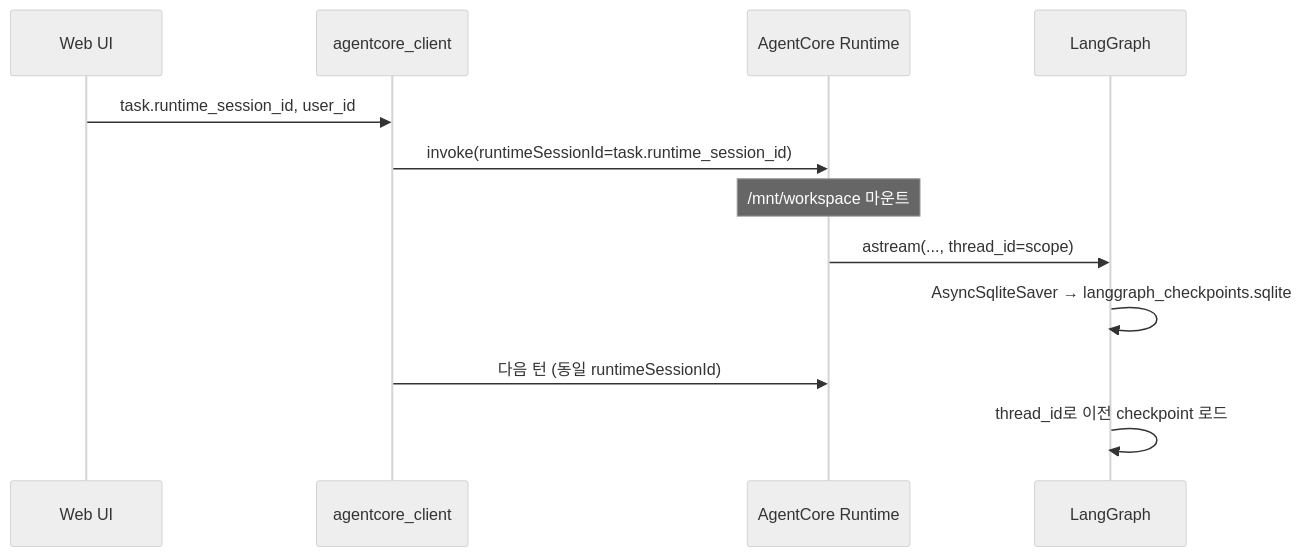
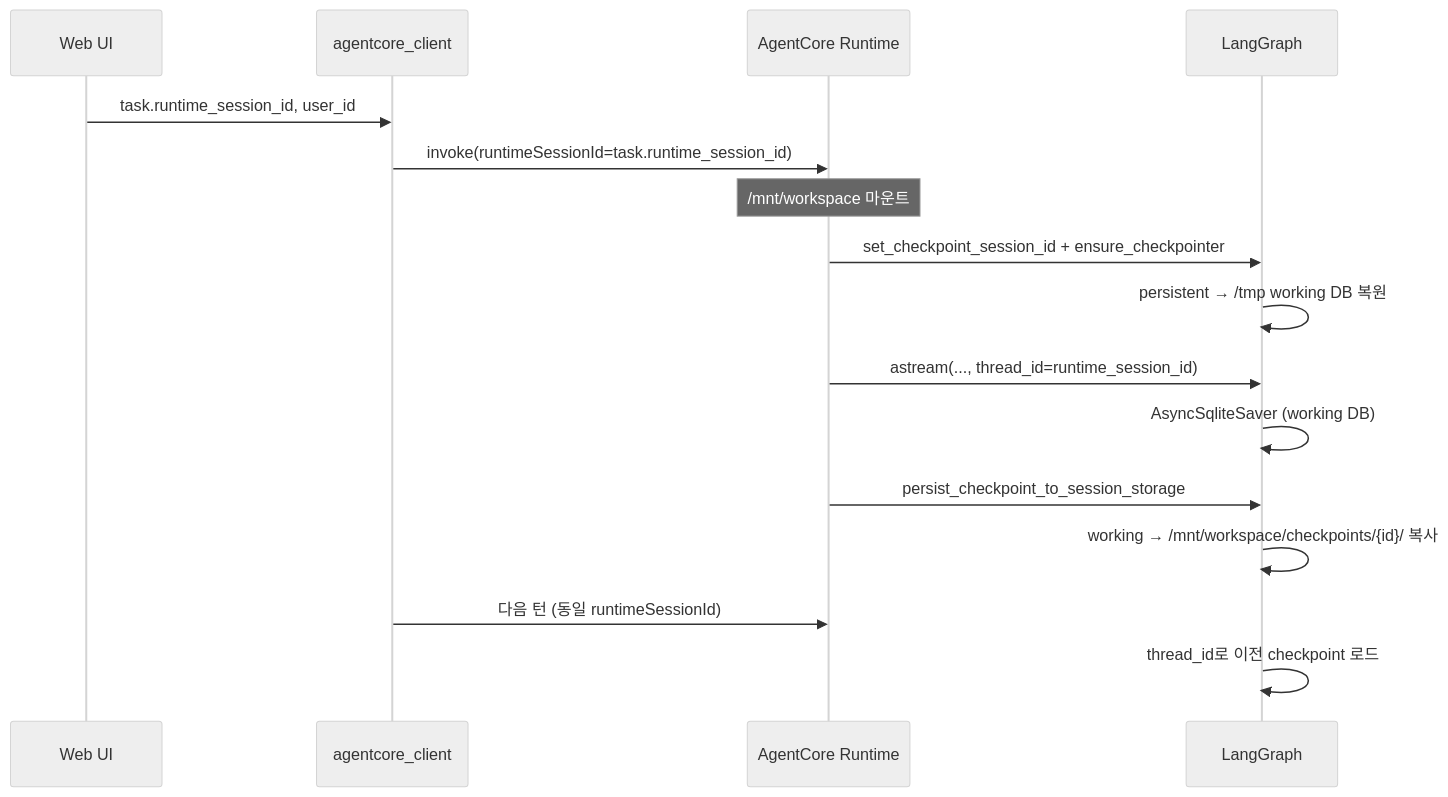
One commit to kyopark2014/agentic-work changed the second of 3 diagrams in README.md. Above: the diagram before and after it, drawn with Mermaid (neutral theme). The commit also changed other lines of this file and 13 other files, not shown here.

````diff
--- a/README.md
+++ b/README.md
@@ -847,15 +938,19 @@
 ```mermaid
 sequenceDiagram
     participant UI as Web UI
     participant Client as agentcore_client
     participant AC as AgentCore Runtime
     participant LG as LangGraph
 
     UI->>Client: task.runtime_session_id, user_id
     Client->>AC: invoke(runtimeSessionId=task.runtime_session_id)
     Note over AC: /mnt/workspace 마운트
-    AC->>LG: astream(..., thread_id=scope)
-    LG->>LG: AsyncSqliteSaver → langgraph_checkpoints.sqlite
+    AC->>LG: set_checkpoint_session_id + ensure_checkpointer
+    LG->>LG: persistent → /tmp working DB 복원
+    AC->>LG: astream(..., thread_id=runtime_session_id)
+    LG->>LG: AsyncSqliteSaver (working DB)
+    AC->>LG: persist_checkpoint_to_session_storage
+    LG->>LG: working → /mnt/workspace/checkpoints/{id}/ 복사
     Client->>AC: 다음 턴 (동일 runtimeSessionId)
     LG->>LG: thread_id로 이전 checkpoint 로드
 ```
````
